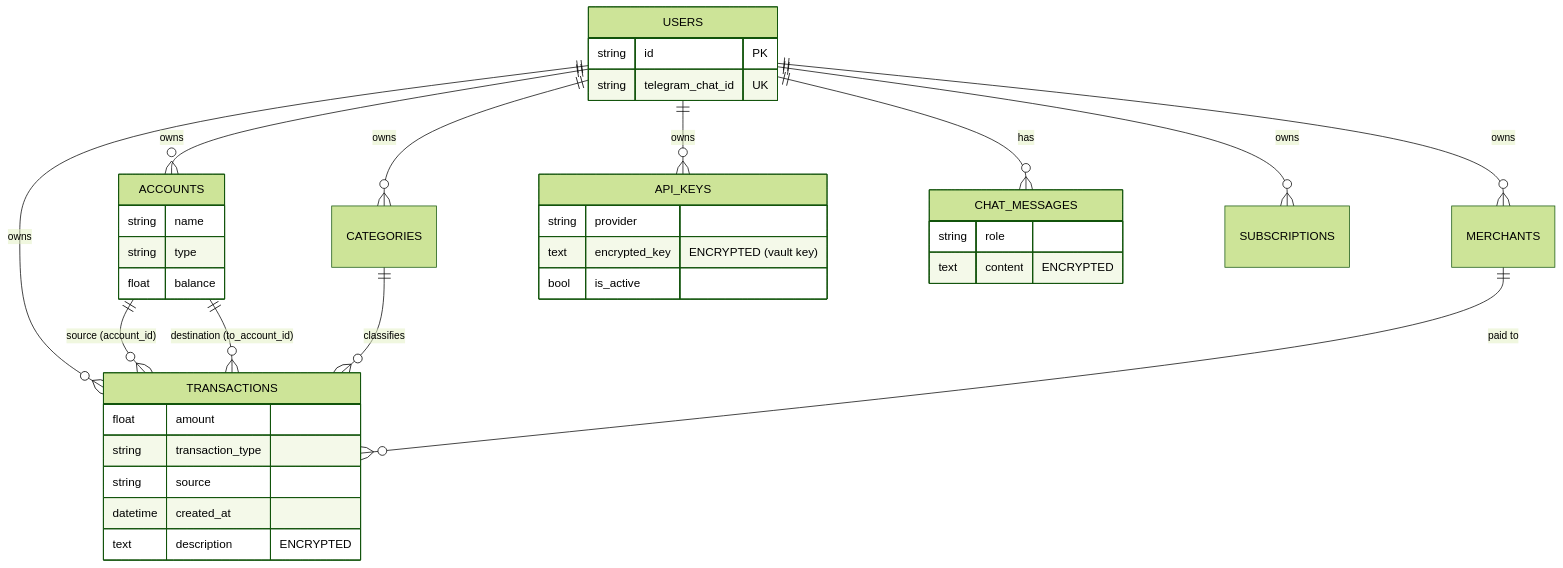
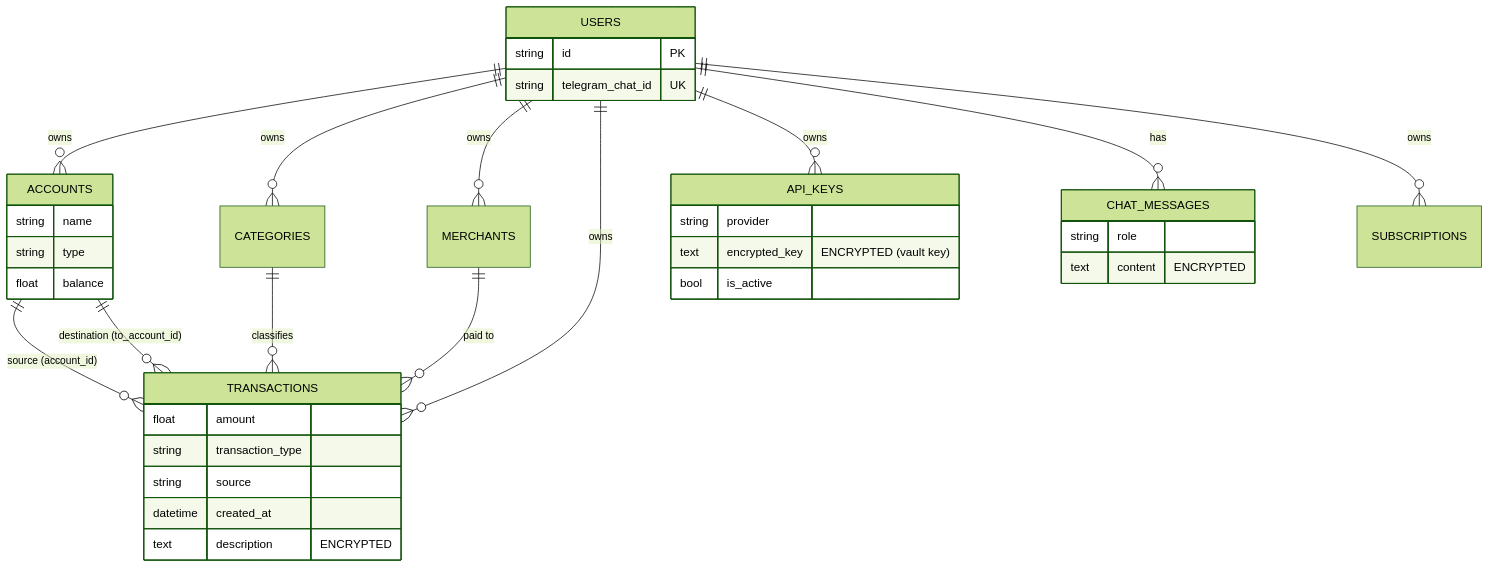
The sixth of 12 diagrams in docs/ARCHITECTURE.md (FissionLife/WalletLedger), drawn with Mermaid (forest theme) before and after one commit. The commit also changed other lines of this file, not shown here.

Commit message:
docs: add comprehensive system architecture documentation with mermaid diagrams

````diff
--- a/docs/ARCHITECTURE.md
+++ b/docs/ARCHITECTURE.md
@@ -147,29 +147,29 @@
 ```mermaid
 erDiagram
     USERS ||--o{ ACCOUNTS : owns
     USERS ||--o{ CATEGORIES : owns
     USERS ||--o{ MERCHANTS : owns
     USERS ||--o{ TRANSACTIONS : owns
     USERS ||--o{ API_KEYS : owns
     USERS ||--o{ CHAT_MESSAGES : has
     USERS ||--o{ SUBSCRIPTIONS : owns
     ACCOUNTS ||--o{ TRANSACTIONS : "source (account_id)"
+    MERCHANTS ||--o{ TRANSACTIONS : "paid to"
     ACCOUNTS ||--o{ TRANSACTIONS : "destination (to_account_id)"
     CATEGORIES ||--o{ TRANSACTIONS : classifies
-    MERCHANTS ||--o{ TRANSACTIONS : "paid to"
     USERS { string id PK
             string telegram_chat_id UK }
     ACCOUNTS { string name
                string type
                float balance }
     TRANSACTIONS { float amount
                    string transaction_type
                    string source
                    datetime created_at
                    text description "ENCRYPTED" }
     API_KEYS { string provider
                text encrypted_key "ENCRYPTED (vault key)"
                bool is_active }
     CHAT_MESSAGES { string role
                     text content "ENCRYPTED" }
 ```
````
